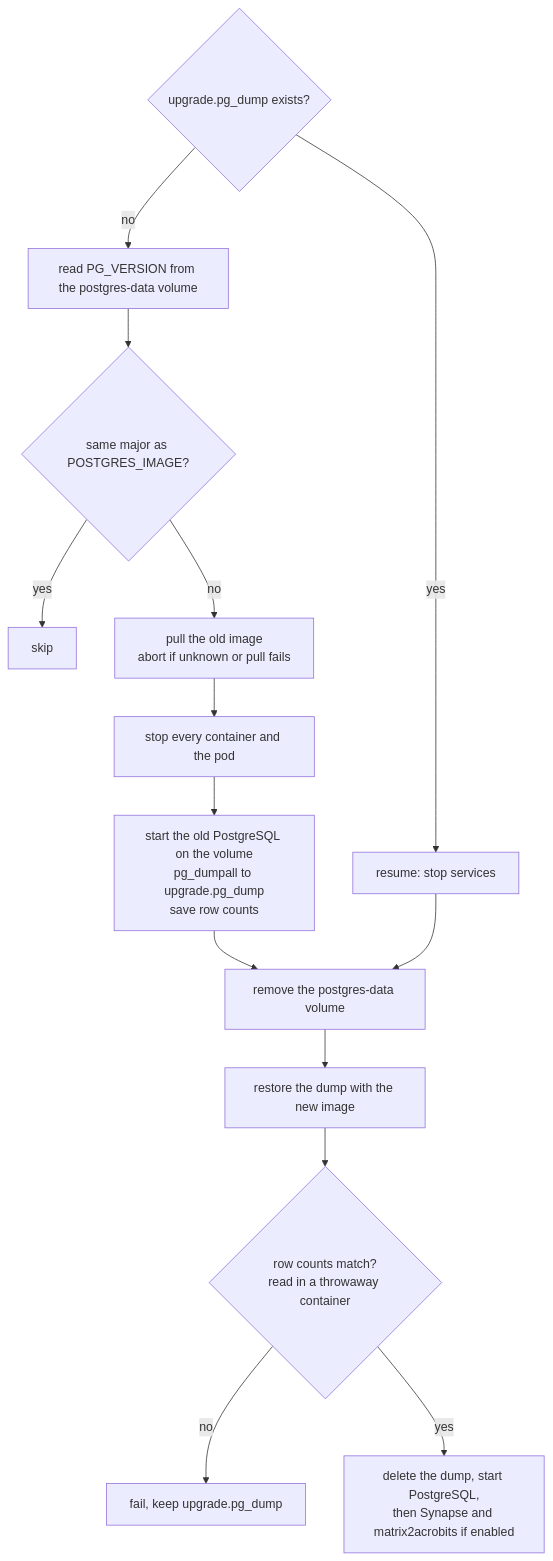
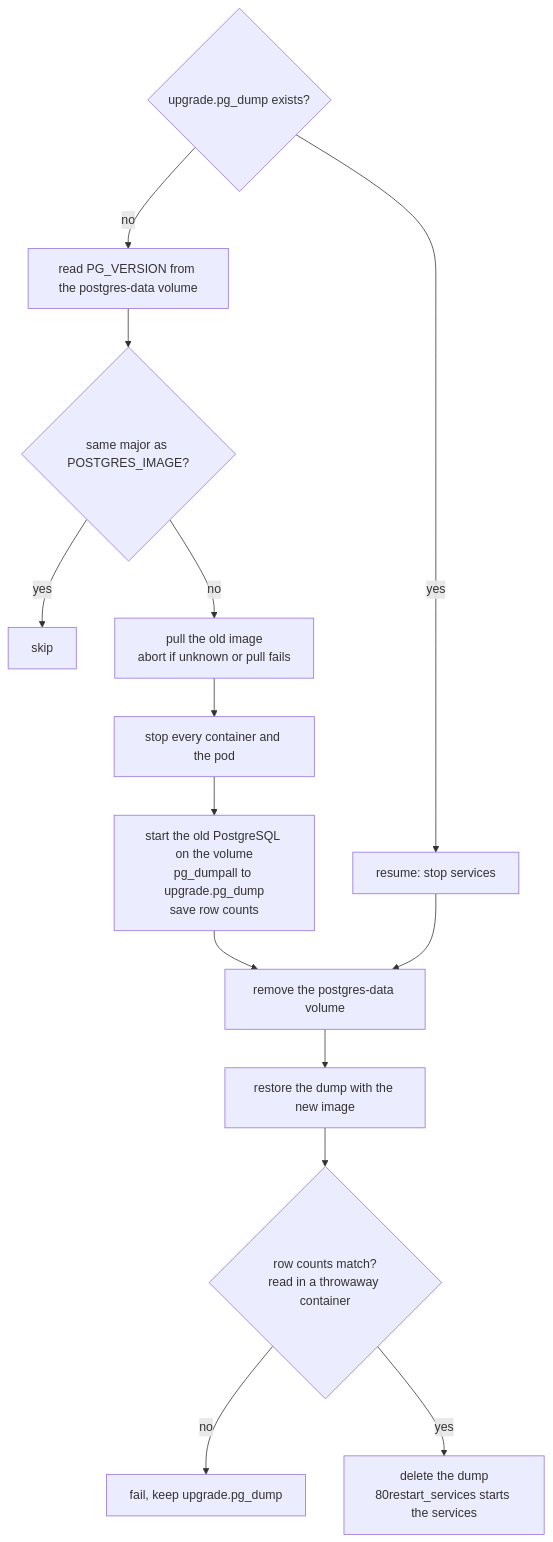
One commit to NethServer/ns8-matrix changed the fifth of 5 diagrams in docs/architecture.md. Above: the diagram before and after it, drawn with Mermaid. The commit also changed 2 other files, not shown here.

Commit message:
fix: let the update start Synapse once after a database upgrade
05database_upgrade started Synapse, then 80restart_services restarted
the pod a second later. Synapse ignored SIGTERM while starting and was
killed after 10 seconds, possibly during a schema migration.

````diff
--- a/docs/architecture.md
+++ b/docs/architecture.md
@@ -283,17 +283,17 @@
 ```mermaid
 flowchart TB
     A{"upgrade.pg_dump exists?"}
     A -- yes --> R["resume: stop services"]
     A -- no --> B["read PG_VERSION from the postgres-data volume"]
     B --> C{"same major as POSTGRES_IMAGE?"}
     C -- yes --> X[skip]
     C -- no --> D["pull the old image<br/>abort if unknown or pull fails"]
     D --> E["stop every container and the pod"]
     E --> F["start the old PostgreSQL on the volume<br/>pg_dumpall to upgrade.pg_dump<br/>save row counts"]
     F --> G
     R --> G["remove the postgres-data volume"]
     G --> H["restore the dump with the new image"]
     H --> I{"row counts match?<br/>read in a throwaway container"}
     I -- no --> K["fail, keep upgrade.pg_dump"]
-    I -- yes --> J["delete the dump, start PostgreSQL,<br/>then Synapse and matrix2acrobits if enabled"]
+    I -- yes --> J["delete the dump<br/>80restart_services starts the services"]
 ```
````
